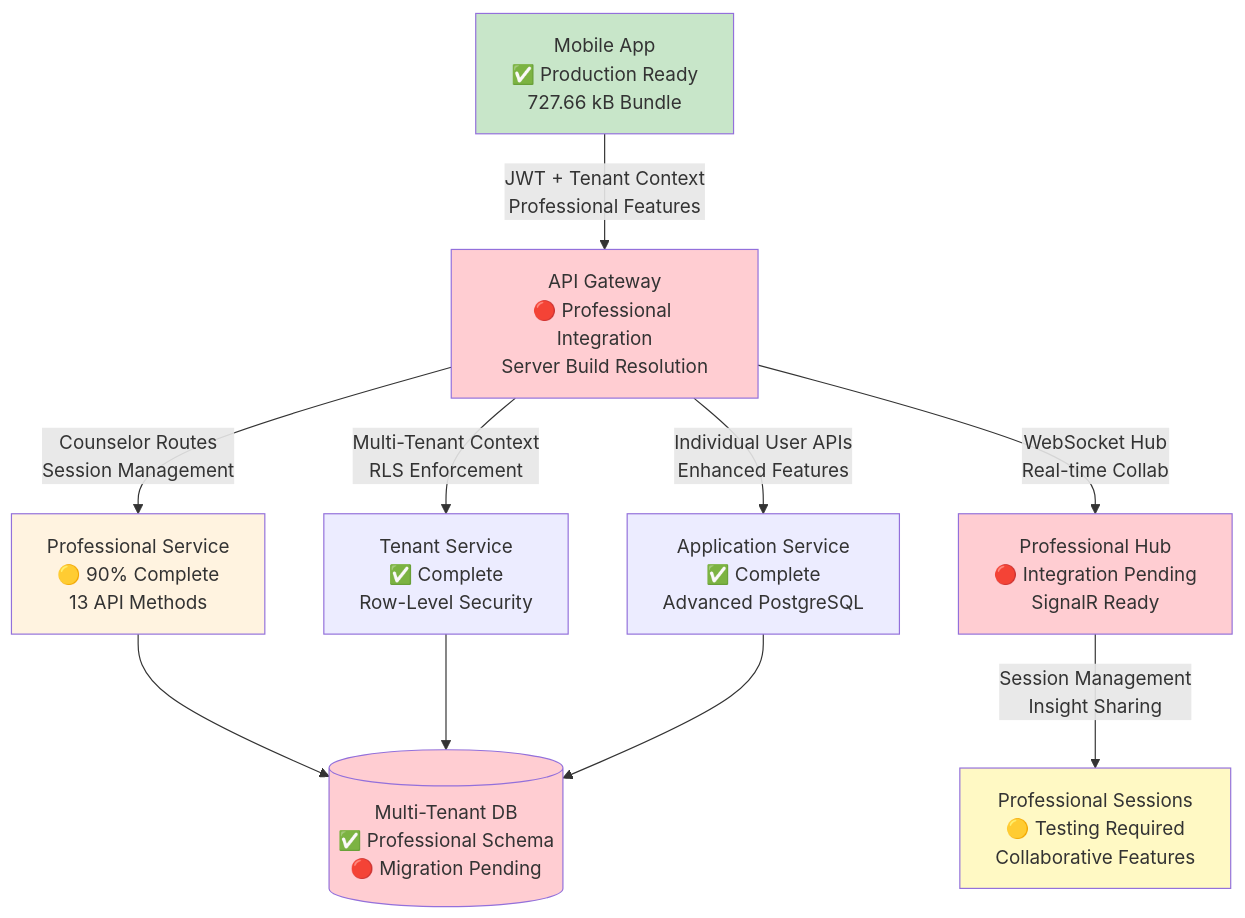
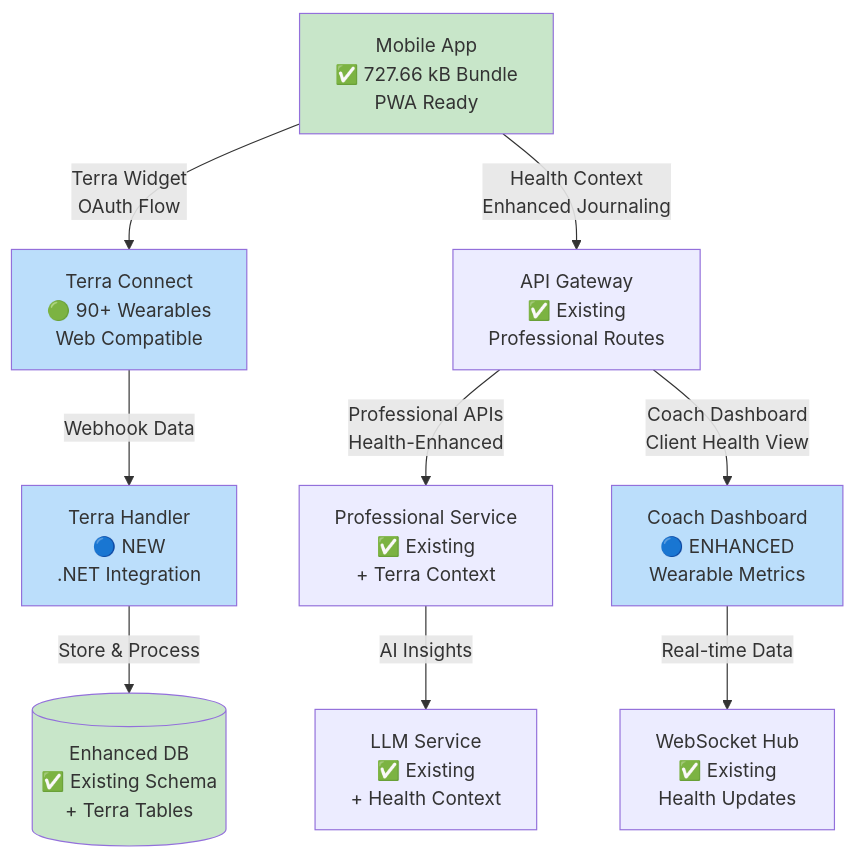
One commit to ben-marino/baseline changed the second of 3 diagrams in DEVELOPMENT_CONTEXT.md. Above: the diagram before and after it, drawn with Mermaid. The commit also changed other lines of this file and 1 other file, not shown here.

Commit message:
[mobile] Beginning Terra API Integration

````diff
--- a/DEVELOPMENT_CONTEXT.md
+++ b/DEVELOPMENT_CONTEXT.md
@@ -1177,21 +612,20 @@
 ```mermaid
 graph TB
-    M[Mobile App<br/>✅ Production Ready<br/>727.66 kB Bundle] -->|JWT + Tenant Context<br/>Professional Features| G[API Gateway<br/>🔴 Professional Integration<br/>Server Build Resolution]
-    G -->|Counselor Routes<br/>Session Management| PS[Professional Service<br/>🟡 90% Complete<br/>13 API Methods]
-    G -->|Multi-Tenant Context<br/>RLS Enforcement| TS[Tenant Service<br/>✅ Complete<br/>Row-Level Security]
-    G -->|Individual User APIs<br/>Enhanced Features| AS[Application Service<br/>✅ Complete<br/>Advanced PostgreSQL]
+    M[Mobile App<br/>✅ 727.66 kB Bundle<br/>PWA Ready] -->|Terra Widget<br/>OAuth Flow| TW[Terra Connect<br/>🟢 90+ Wearables<br/>Web Compatible]
+    M -->|Health Context<br/>Enhanced Journaling| G[API Gateway<br/>✅ Existing<br/>Professional Routes]
     
-    PS --> DB[(Multi-Tenant DB<br/>✅ Professional Schema<br/>🔴 Migration Pending)]
-    TS --> DB
-    AS --> DB
+    TW -->|Webhook Data| TH[Terra Handler<br/>🔵 NEW<br/>.NET Integration]
+    TH -->|Store & Process| DB[(Enhanced DB<br/>✅ Existing Schema<br/>+ Terra Tables)]
     
-    G -->|WebSocket Hub<br/>Real-time Collab| WS[Professional Hub<br/>🔴 Integration Pending<br/>SignalR Ready]
-    WS -->|Session Management<br/>Insight Sharing| PC[Professional Sessions<br/>🟡 Testing Required<br/>Collaborative Features]
+    G -->|Professional APIs<br/>Health-Enhanced| PS[Professional Service<br/>✅ Existing<br/>+ Terra Context]
+    PS -->|AI Insights| LLM[LLM Service<br/>✅ Existing<br/>+ Health Context]
+    
+    G -->|Coach Dashboard<br/>Client Health View| CD[Coach Dashboard<br/>🔵 ENHANCED<br/>Wearable Metrics]
+    CD -->|Real-time Data| WS[WebSocket Hub<br/>✅ Existing<br/>Health Updates]
     
     style M fill:#c8e6c9
-    style G fill:#ffcdd2
-    style PS fill:#fff3e0
-    style DB fill:#ffcdd2
-    style WS fill:#ffcdd2
-    style PC fill:#fff9c4
+    style TW fill:#bbdefb
+    style TH fill:#bbdefb
+    style DB fill:#c8e6c9
+    style CD fill:#bbdefb
 ```
````
